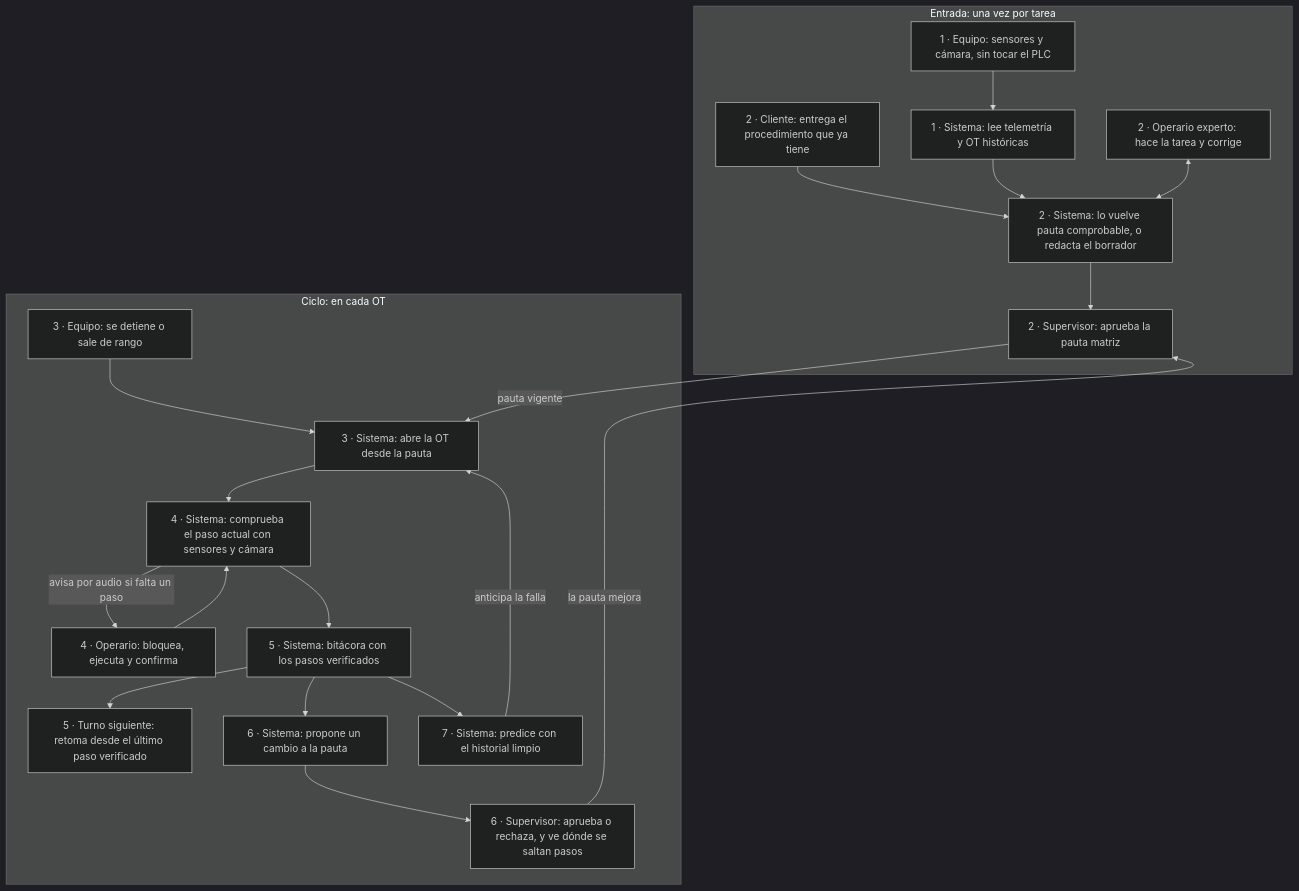
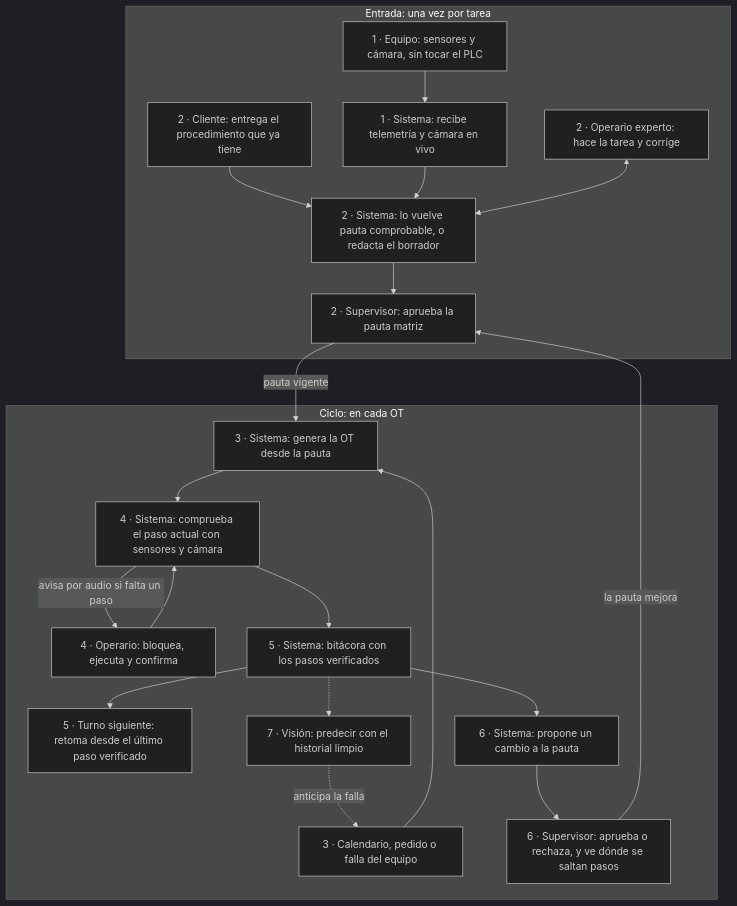
One commit to platanus-hack/platanus-hack-26-cl-team-10 changed the diagram in knowledge/architecture/FLUJO.md. Above: the diagram before and after it, drawn with Mermaid (dark theme). The commit also changed other lines of this file and 8 other files, not shown here.

````diff
--- a/knowledge/architecture/FLUJO.md
+++ b/knowledge/architecture/FLUJO.md
@@ -5,24 +5,24 @@
 ```mermaid
 flowchart TD
   subgraph E["Entrada: una vez por tarea"]
-    A1["1 · Equipo: sensores y cámara, sin tocar el PLC"] --> A2["1 · Sistema: lee telemetría y OT históricas"]
+    A1["1 · Equipo: sensores y cámara, sin tocar el PLC"] --> A2["1 · Sistema: recibe telemetría y cámara en vivo"]
     A0["2 · Cliente: entrega el procedimiento que ya tiene"] --> B1
     A2 --> B1["2 · Sistema: lo vuelve pauta comprobable, o redacta el borrador"]
     B2["2 · Operario experto: hace la tarea y corrige"] <--> B1
     B1 --> B3["2 · Supervisor: aprueba la pauta matriz"]
   end
   subgraph C["Ciclo: en cada OT"]
-    C1["3 · Equipo: se detiene o sale de rango"] --> C2["3 · Sistema: abre la OT desde la pauta"]
+    C1["3 · Calendario, pedido o falla del equipo"] --> C2["3 · Sistema: genera la OT desde la pauta"]
     C2 --> D1["4 · Sistema: comprueba el paso actual con sensores y cámara"]
     D2["4 · Operario: bloquea, ejecuta y confirma"] --> D1
     D1 -- "avisa por audio si falta un paso" --> D2
     D1 --> F1["5 · Sistema: bitácora con los pasos verificados"]
     F1 --> F2["5 · Turno siguiente: retoma desde el último paso verificado"]
     F1 --> G1["6 · Sistema: propone un cambio a la pauta"]
     G1 --> G2["6 · Supervisor: aprueba o rechaza, y ve dónde se saltan pasos"]
-    F1 --> H1["7 · Sistema: predice con el historial limpio"]
+    F1 -.-> H1["7 · Visión: predecir con el historial limpio"]
   end
   B3 -- "pauta vigente" --> C2
   G2 -- "la pauta mejora" --> B3
-  H1 -- "anticipa la falla" --> C2
+  H1 -. "anticipa la falla" .-> C1
 ```
````
